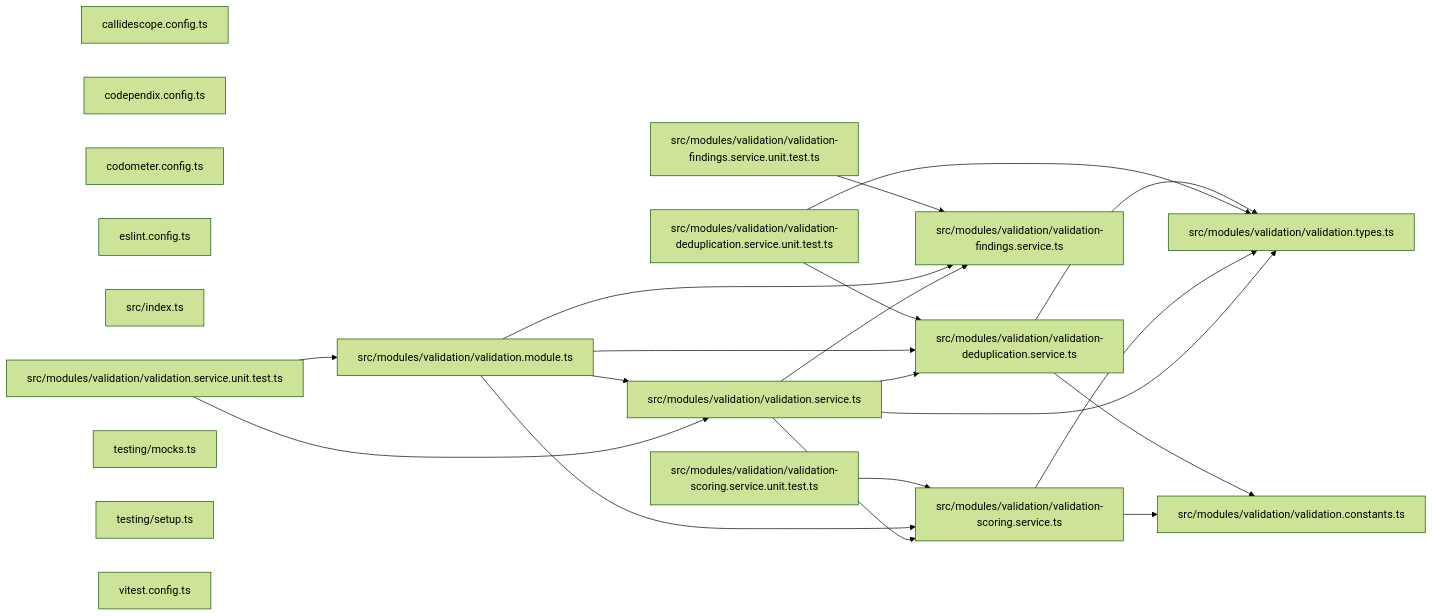
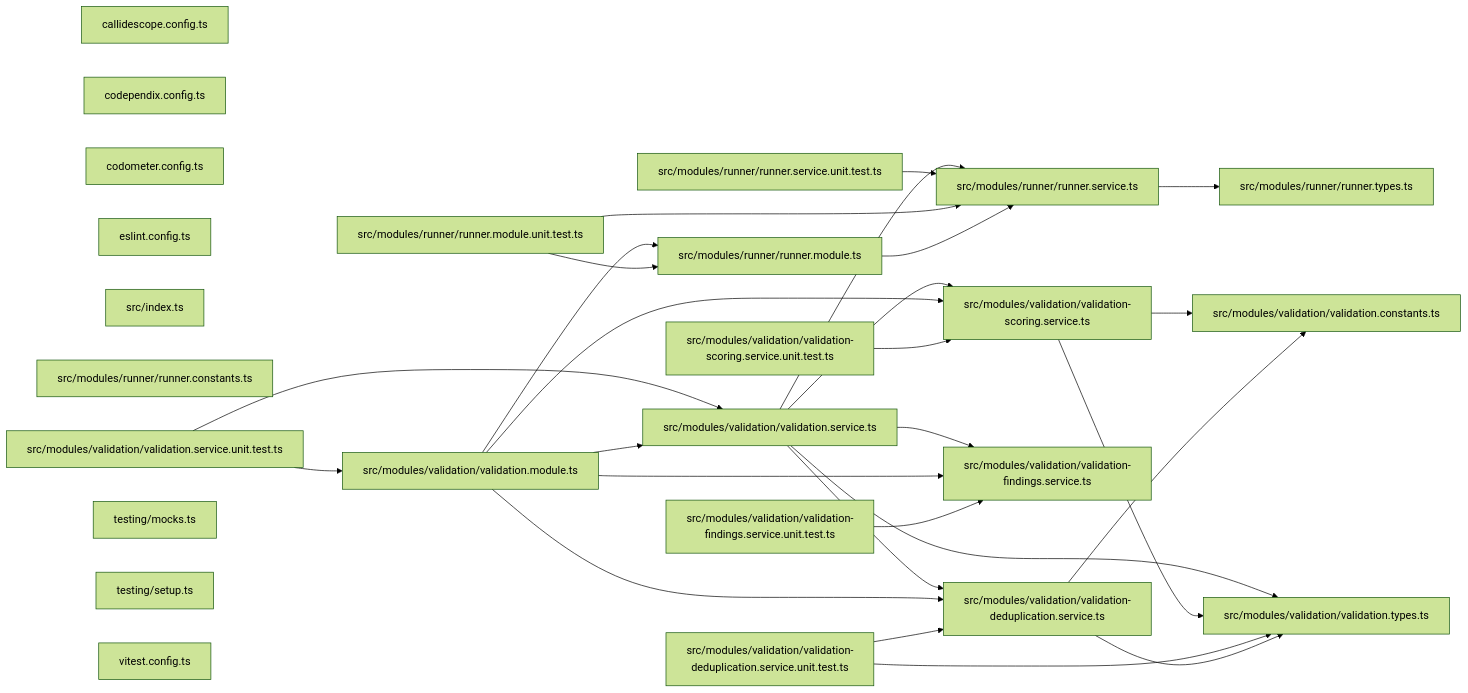
Before and after one commit to JimmyPaolini/codebase: the third of 3 diagrams in packages/ic-suite/conformetry/conformetry-validation/README.md, drawn with Mermaid (forest theme). The commit also changed other lines of this file and 164 other files, not shown here.

````diff
--- a/packages/ic-suite/conformetry/conformetry-validation/README.md
+++ b/packages/ic-suite/conformetry/conformetry-validation/README.md
@@ -239,40 +238,53 @@
 ```mermaid
 graph LR
   file_callidescope_config_ts["callidescope.config.ts"]
   file_codependix_config_ts["codependix.config.ts"]
   file_codometer_config_ts["codometer.config.ts"]
   file_eslint_config_ts["eslint.config.ts"]
   file_src_index_ts["src/index.ts"]
+  file_src_modules_runner_runner_constants_ts["src/modules/runner/runner.constants.ts"]
+  file_src_modules_runner_runner_module_ts["src/modules/runner/runner.module.ts"]
+  file_src_modules_runner_runner_module_unit_test_ts["src/modules/runner/runner.module.unit.test.ts"]
+  file_src_modules_runner_runner_service_ts["src/modules/runner/runner.service.ts"]
+  file_src_modules_runner_runner_service_unit_test_ts["src/modules/runner/runner.service.unit.test.ts"]
+  file_src_modules_runner_runner_types_ts["src/modules/runner/runner.types.ts"]
   file_src_modules_validation_validation_deduplication_service_ts["src/modules/validation/validation-deduplication.service.ts"]
   file_src_modules_validation_validation_deduplication_service_unit_test_ts["src/modules/validation/validation-deduplication.service.unit.test.ts"]
   file_src_modules_validation_validation_findings_service_ts["src/modules/validation/validation-findings.service.ts"]
   file_src_modules_validation_validation_findings_service_unit_test_ts["src/modules/validation/validation-findings.service.unit.test.ts"]
   file_src_modules_validation_validation_scoring_service_ts["src/modules/validation/validation-scoring.service.ts"]
   file_src_modules_validation_validation_scoring_service_unit_test_ts["src/modules/validation/validation-scoring.service.unit.test.ts"]
   file_src_modules_validation_validation_constants_ts["src/modules/validation/validation.constants.ts"]
   file_src_modules_validation_validation_module_ts["src/modules/validation/validation.module.ts"]
   file_src_modules_validation_validation_service_ts["src/modules/validation/validation.service.ts"]
   file_src_modules_validation_validation_service_unit_test_ts["src/modules/validation/validation.service.unit.test.ts"]
   file_src_modules_validation_validation_types_ts["src/modules/validation/validation.types.ts"]
   file_testing_mocks_ts["testing/mocks.ts"]
   file_testing_setup_ts["testing/setup.ts"]
   file_vitest_config_ts["vitest.config.ts"]
+  file_src_modules_runner_runner_module_ts --> file_src_modules_runner_runner_service_ts
+  file_src_modules_runner_runner_module_unit_test_ts --> file_src_modules_runner_runner_module_ts
+  file_src_modules_runner_runner_module_unit_test_ts --> file_src_modules_runner_runner_service_ts
+  file_src_modules_runner_runner_service_ts --> file_src_modules_runner_runner_types_ts
+  file_src_modules_runner_runner_service_unit_test_ts --> file_src_modules_runner_runner_service_ts
   file_src_modules_validation_validation_deduplication_service_ts --> file_src_modules_validation_validation_constants_ts
   file_src_modules_validation_validation_deduplication_service_ts --> file_src_modules_validation_validation_types_ts
   file_src_modules_validation_validation_deduplication_service_unit_test_ts --> file_src_modules_validation_validation_deduplication_service_ts
   file_src_modules_validation_validation_deduplication_service_unit_test_ts --> file_src_modules_validation_validation_types_ts
   file_src_modules_validation_validation_findings_service_unit_test_ts --> file_src_modules_validation_validation_findings_service_ts
   file_src_modules_validation_validation_scoring_service_ts --> file_src_modules_validation_validation_constants_ts
   file_src_modules_validation_validation_scoring_service_ts --> file_src_modules_validation_validation_types_ts
   file_src_modules_validation_validation_scoring_service_unit_test_ts --> file_src_modules_validation_validation_scoring_service_ts
+  file_src_modules_validation_validation_module_ts --> file_src_modules_runner_runner_module_ts
   file_src_modules_validation_validation_module_ts --> file_src_modules_validation_validation_deduplication_service_ts
   file_src_modules_validation_validation_module_ts --> file_src_modules_validation_validation_findings_service_ts
   file_src_modules_validation_validation_module_ts --> file_src_modules_validation_validation_scoring_service_ts
   file_src_modules_validation_validation_module_ts --> file_src_modules_validation_validation_service_ts
+  file_src_modules_validation_validation_service_ts --> file_src_modules_runner_runner_service_ts
   file_src_modules_validation_validation_service_ts --> file_src_modules_validation_validation_deduplication_service_ts
   file_src_modules_validation_validation_service_ts --> file_src_modules_validation_validation_findings_service_ts
   file_src_modules_validation_validation_service_ts --> file_src_modules_validation_validation_scoring_service_ts
   file_src_modules_validation_validation_service_ts --> file_src_modules_validation_validation_types_ts
   file_src_modules_validation_validation_service_unit_test_ts --> file_src_modules_validation_validation_module_ts
   file_src_modules_validation_validation_service_unit_test_ts --> file_src_modules_validation_validation_service_ts
 ```
````
